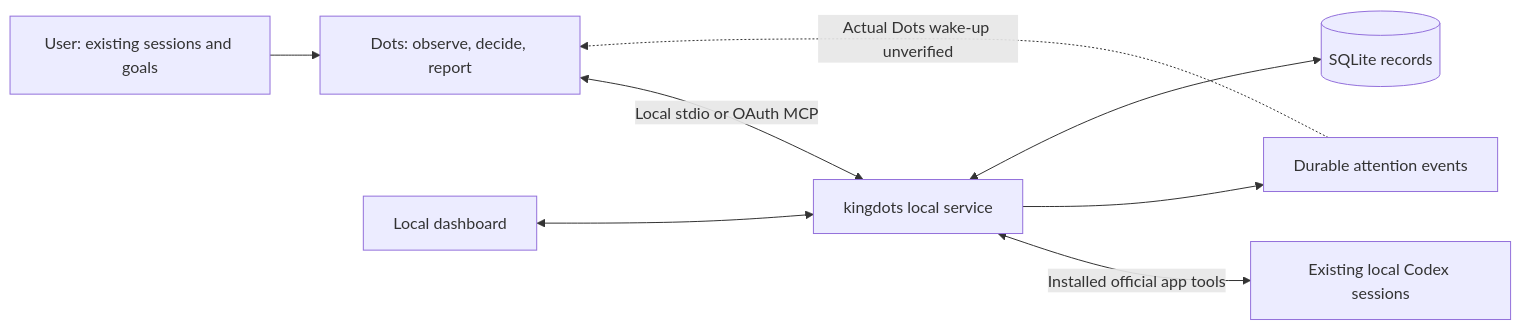
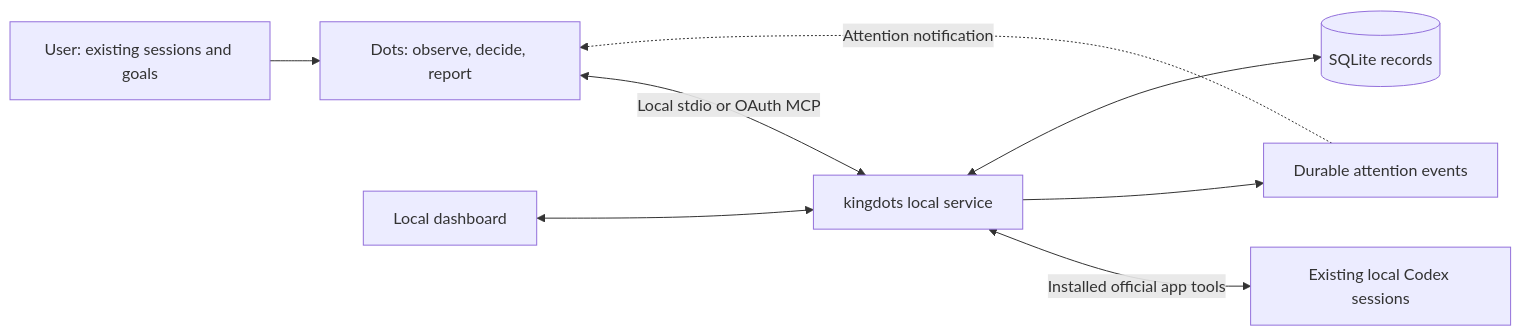
One commit to OtterHelm/kingdots changed the diagram in README.md. Above: the diagram before and after it, drawn with Mermaid. The commit also changed other lines of this file and 21 other files, not shown here.

````diff
--- a/README.md
+++ b/README.md
@@ -64,10 +58,10 @@
 ```mermaid
 flowchart LR
     U[User: existing sessions and goals] --> D[Dots: observe, decide, report]
     D <-->|Local stdio or OAuth MCP| K[kingdots local service]
     K <-->|Installed official app tools| S[Existing local Codex sessions]
     K --> E[Durable attention events]
-    E -. Actual Dots wake-up unverified .-> D
+    E -. Attention notification .-> D
     K <--> DB[(SQLite records)]
     W[Local dashboard] <--> K
 ```
````
